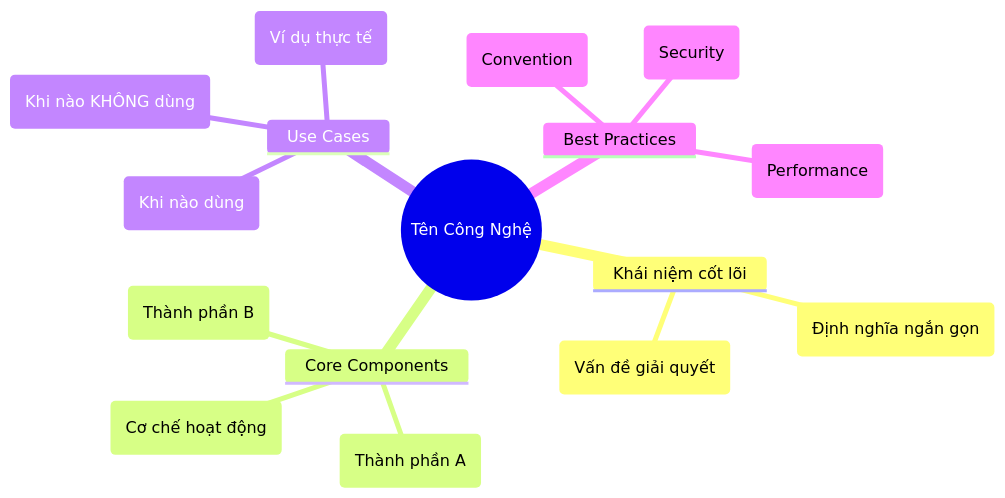
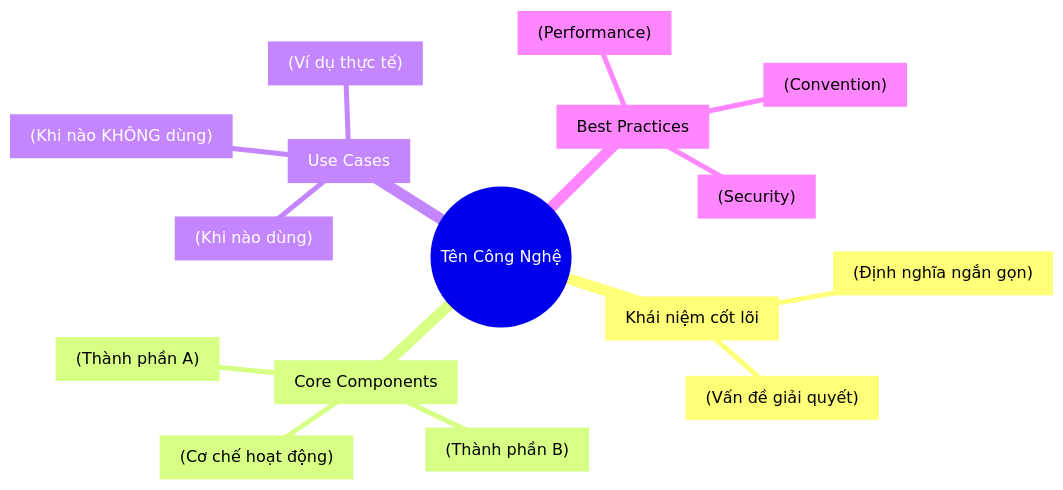
The second of 2 diagrams in .agent/skills/create-tech-lecture/SKILL.md (vuanhtu1993/vuanhtu1993.github.io), drawn with Mermaid before and after one commit. The commit also changed other lines of this file and 4 other files, not shown here.

````diff
--- a/.agent/skills/create-tech-lecture/SKILL.md
+++ b/.agent/skills/create-tech-lecture/SKILL.md
@@ -90,19 +90,19 @@
 ```mermaid
 mindmap
   root((Tên Công Nghệ))
-    Khái niệm cốt lõi
-      (Định nghĩa ngắn gọn)
-      (Vấn đề giải quyết)
-    Core Components
-      (Thành phần A)
-      (Thành phần B)
-      (Cơ chế hoạt động)
-    Use Cases
-      (Khi nào dùng)
-      (Khi nào KHÔNG dùng)
-      (Ví dụ thực tế)
-    Best Practices
-      (Convention)
-      (Security)
-      (Performance)
+    Concept["Khái niệm cốt lõi"]
+      def["(Định nghĩa ngắn gọn)"]
+      prob["(Vấn đề giải quyết)"]
+    Components["Core Components"]
+      compA["(Thành phần A)"]
+      compB["(Thành phần B)"]
+      mech["(Cơ chế hoạt động)"]
+    UseCases["Use Cases"]
+      when["(Khi nào dùng)"]
+      notwhen["(Khi nào KHÔNG dùng)"]
+      example["(Ví dụ thực tế)"]
+    BestPractices["Best Practices"]
+      conv["(Convention)"]
+      sec["(Security)"]
+      perf["(Performance)"]
 ```
````
